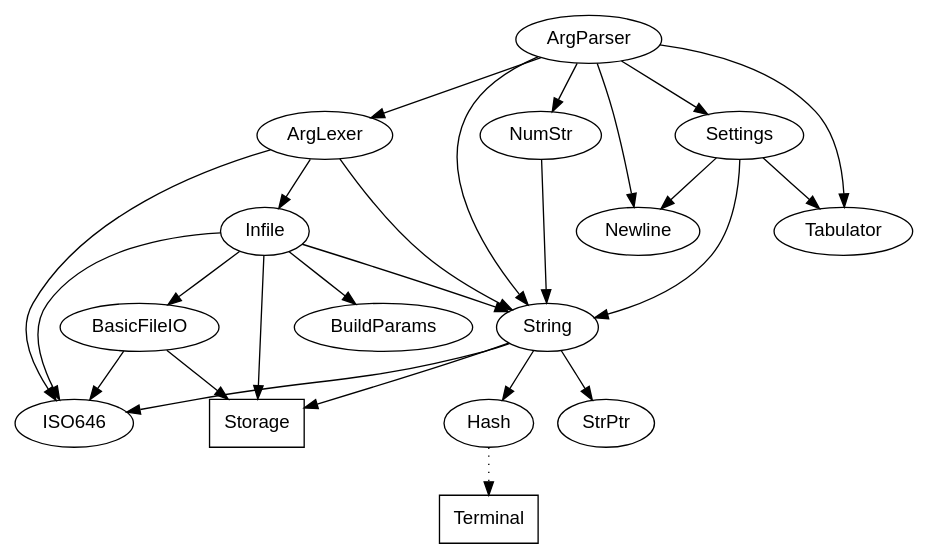
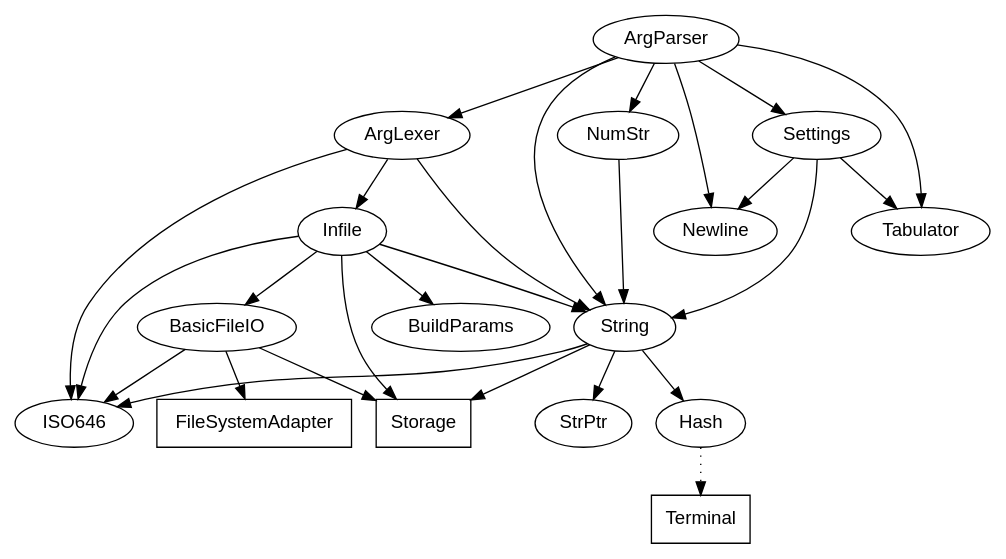
One commit to m2sf/M2PP-Module-Dependency-Graphs changed the diagram in ArgParser.dep.dot. Above: the diagram before and after it, drawn with Graphviz. The commit also changed 3 other files, not shown here.

```diff
--- a/ArgParser.dep.dot
+++ b/ArgParser.dep.dot
@@ -1,52 +1,54 @@
 digraph ArgParserImports {
   node [fontname=helvetica];
   
   ArgParser -> {
     ArgLexer Newline NumStr Settings String Tabulator
   };
   
   ArgLexer -> {
     Infile ISO646 String
   };
   
   Infile -> {
     BasicFileIO BuildParams ISO646 Storage String
   };
   
   BasicFileIO -> {
-    ISO646 Storage
+    FileSystemAdapter ISO646 Storage
   };
   
-  BuildParams; /* no dependencies */
-  
+  FileSystemAdapter [shape=box];
+    
   ISO646; /* no dependencies */
   
   Storage [shape=box]; /* stdlib */
+  
+  BuildParams; /* no dependencies */
   
   String -> {
     Hash ISO646 Storage StrPtr
   };
   
   edge [style=dotted];
   Hash -> {
     Terminal
   };
   edge [style=none];
   
   Terminal [shape=box]; /* stdlib */
   
   StrPtr; /* no dependencies */  
   
   Newline; /* no dependencies */
   
   NumStr -> {
     String
   };
     
   Settings -> {
     String Newline Tabulator
   };
     
   Tabulator; /* no dependencies */
   
 } /* ArgParserImports */
```
